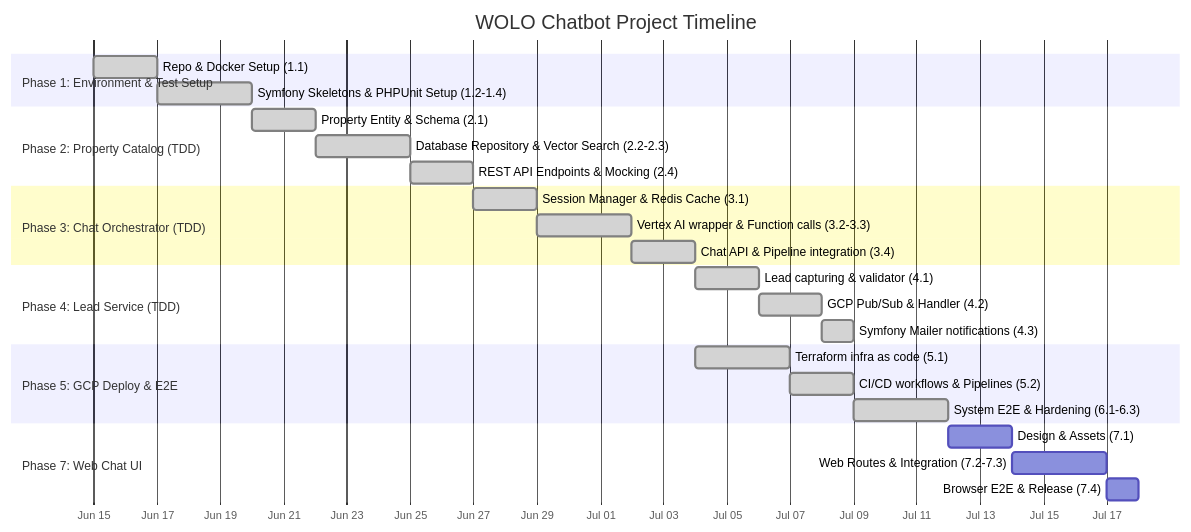
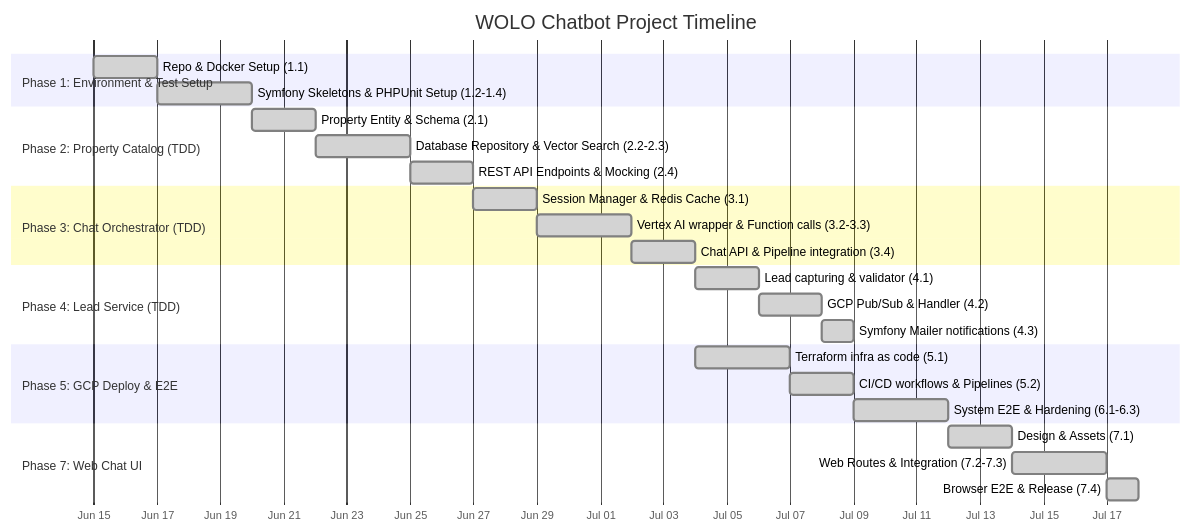
The diagram in timeline.md (sergioitremotejobs2025-sketch/WOLO_TEST), drawn with Mermaid before and after one commit. The commit also changed other lines of this file and 20 other files, not shown here.

````diff
--- a/timeline.md
+++ b/timeline.md
@@ -11,36 +11,36 @@
 ```mermaid
 gantt
     title WOLO Chatbot Project Timeline
     dateFormat  YYYY-MM-DD
     axisFormat  %b %d
     todayMarker stroke-width:2px,stroke:#ff5555,opacity:0.5
 
     section Phase 1: Environment & Test Setup
     Repo & Docker Setup (1.1)             :done, p1_1, 2026-06-15, 2d
     Symfony Skeletons & PHPUnit Setup (1.2-1.4) :done, p1_2, after p1_1, 3d
 
     section Phase 2: Property Catalog (TDD)
     Property Entity & Schema (2.1)        :done, p2_1, after p1_2, 2d
     Database Repository & Vector Search (2.2-2.3) :done, p2_2, after p2_1, 3d
     REST API Endpoints & Mocking (2.4)     :done, p2_3, after p2_2, 2d
 
     section Phase 3: Chat Orchestrator (TDD)
     Session Manager & Redis Cache (3.1)   :done, p3_1, after p2_3, 2d
     Vertex AI wrapper & Function calls (3.2-3.3) :done, p3_2, after p3_1, 3d
     Chat API & Pipeline integration (3.4) :done, p3_3, after p3_2, 2d
 
     section Phase 4: Lead Service (TDD)
     Lead capturing & validator (4.1)      :done, p4_1, after p3_3, 2d
     GCP Pub/Sub & Handler (4.2)           :done, p4_2, after p4_1, 2d
     Symfony Mailer notifications (4.3)    :done, p4_3, after p4_2, 1d
 
     section Phase 5: GCP Deploy & E2E
     Terraform infra as code (5.1)          :done, p5_1, after p3_3, 3d
     CI/CD workflows & Pipelines (5.2)     :done, p5_2, after p5_1, 2d
     System E2E & Hardening (6.1-6.3)      :done, p5_3, after p4_3, 3d
 
     section Phase 7: Web Chat UI
-    Design & Assets (7.1)                 : p7_1, after p5_3, 2d
-    Web Routes & Integration (7.2-7.3)    : p7_2, after p7_1, 3d
-    Browser E2E & Release (7.4)           : p7_3, after p7_2, 1d
+    Design & Assets (7.1)                 :done, p7_1, after p5_3, 2d
+    Web Routes & Integration (7.2-7.3)    :done, p7_2, after p7_1, 3d
+    Browser E2E & Release (7.4)           :done, p7_3, after p7_2, 1d
 ```
````
